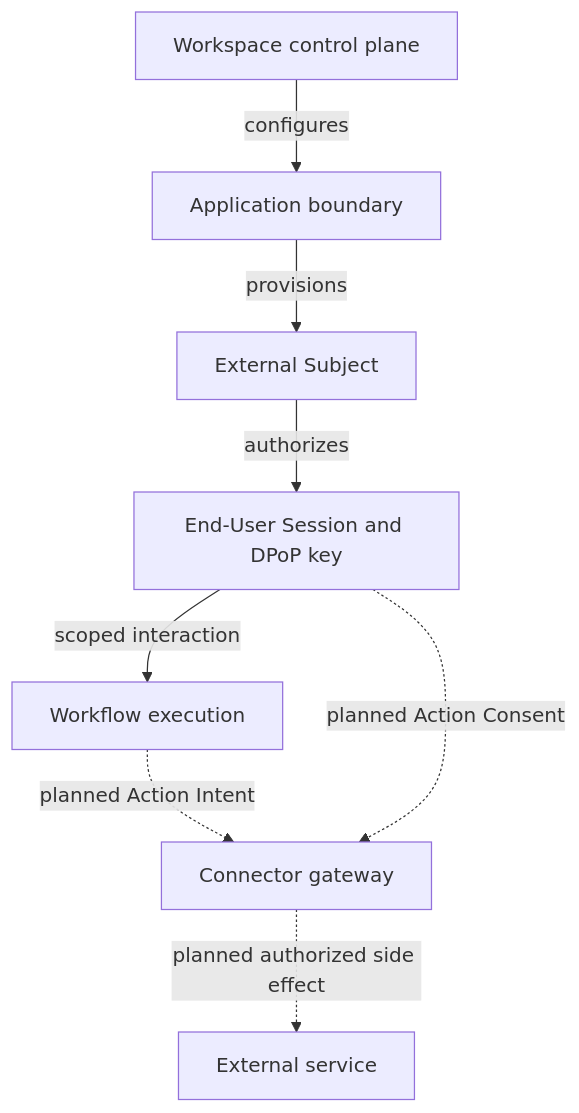
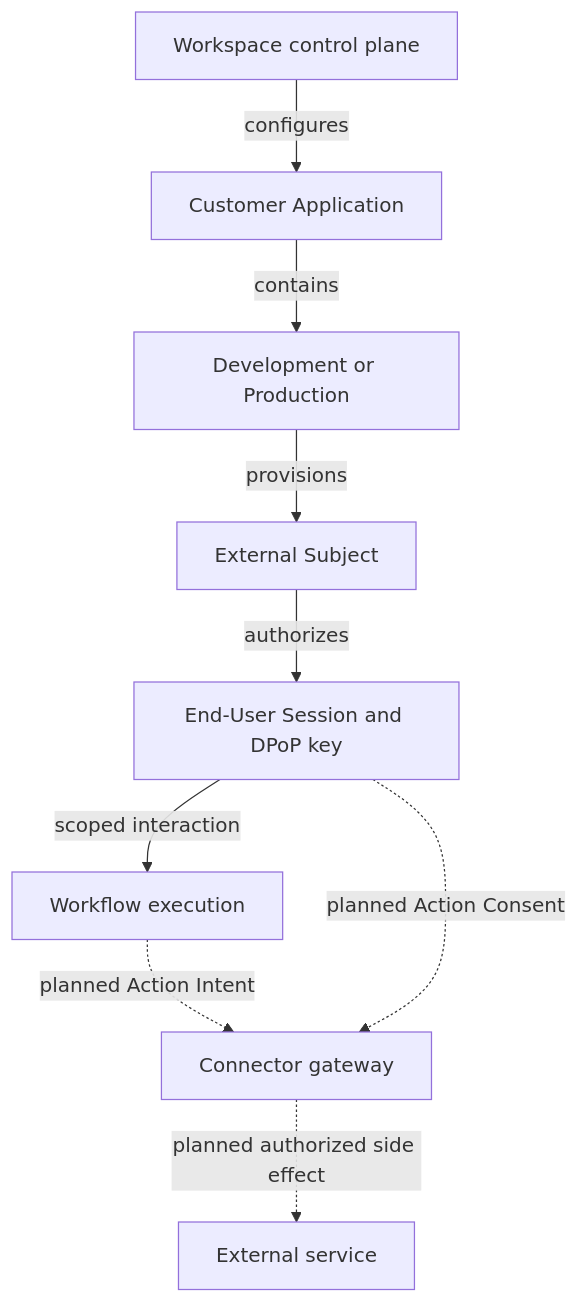
Before and after one commit to linea-org/linea: the diagram in apps/docs/content/docs/security/index.mdx, drawn with Mermaid. The commit also changed other lines of this file and 294 other files, not shown here.

Commit message:
Add Applications with isolated Development and Production Environments (#185)

````diff
--- a/apps/docs/content/docs/security/index.mdx
+++ b/apps/docs/content/docs/security/index.mdx
@@ -25,17 +25,19 @@
 ```mermaid
 flowchart TB
   Workspace[Workspace control plane]
-  Application[Application boundary]
+  Application[Customer Application]
+  Environment[Development or Production]
   Subject[External Subject]
   Session[End-User Session and DPoP key]
   Execution[Workflow execution]
   Connector[Connector gateway]
   Service[External service]
   Workspace -->|configures| Application
-  Application -->|provisions| Subject
+  Application -->|contains| Environment
+  Environment -->|provisions| Subject
   Subject -->|authorizes| Session
   Session -->|scoped interaction| Execution
   Execution -.->|planned Action Intent| Connector
   Session -.->|planned Action Consent| Connector
   Connector -.->|planned authorized side effect| Service
 ```
````
